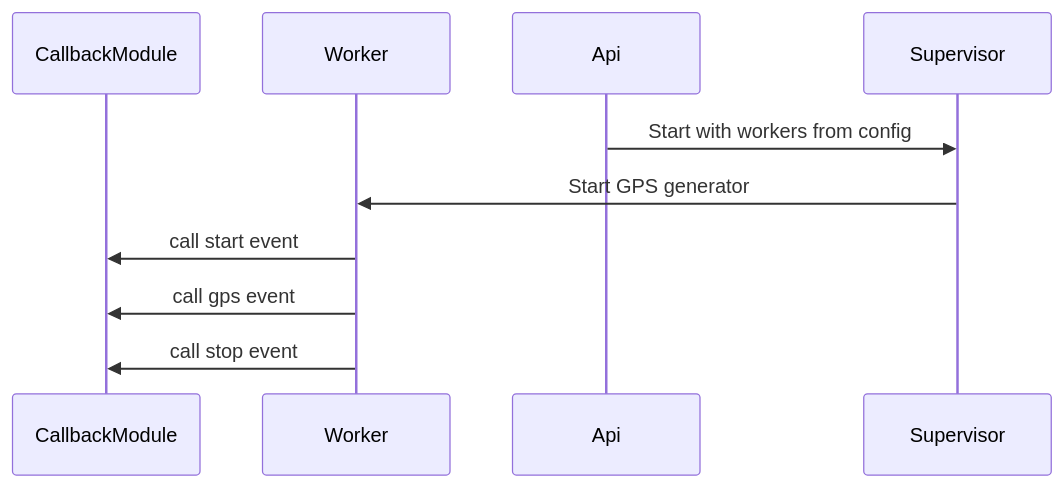
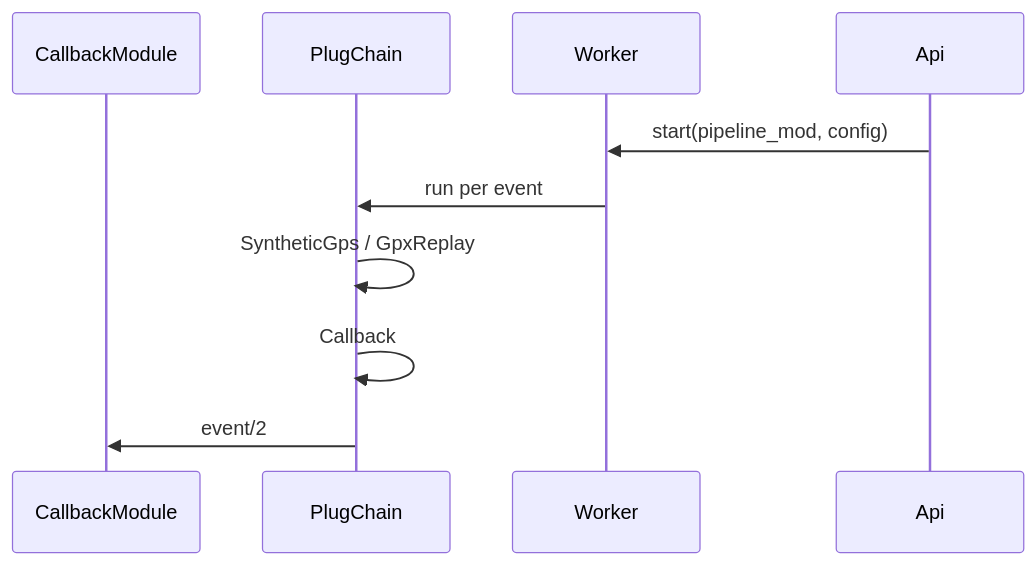
The diagram in README.md (ohhi-vn/location_simulator), drawn with Mermaid before and after one commit. The commit also changed other lines of this file and 36 other files, not shown here.

````diff
--- a/README.md
+++ b/README.md
@@ -24,13 +55,13 @@
 ```mermaid
 sequenceDiagram
     participant CallbackModule
+    participant PlugChain
     participant Worker
     participant Api
-    participant Supervisor
 
-    Api->>Supervisor: Start with workers from config
-    Supervisor->>Worker: Start GPS generator
-    Worker->>CallbackModule: call start event
-    Worker->>CallbackModule: call gps event
-    Worker->>CallbackModule: call stop event
+    Api->>Worker: start(pipeline_mod, config)
+    Worker->>PlugChain: run per event
+    PlugChain->>PlugChain: SyntheticGps / GpxReplay
+    PlugChain->>PlugChain: Callback
+    PlugChain->>CallbackModule: event/2
 ```
````
